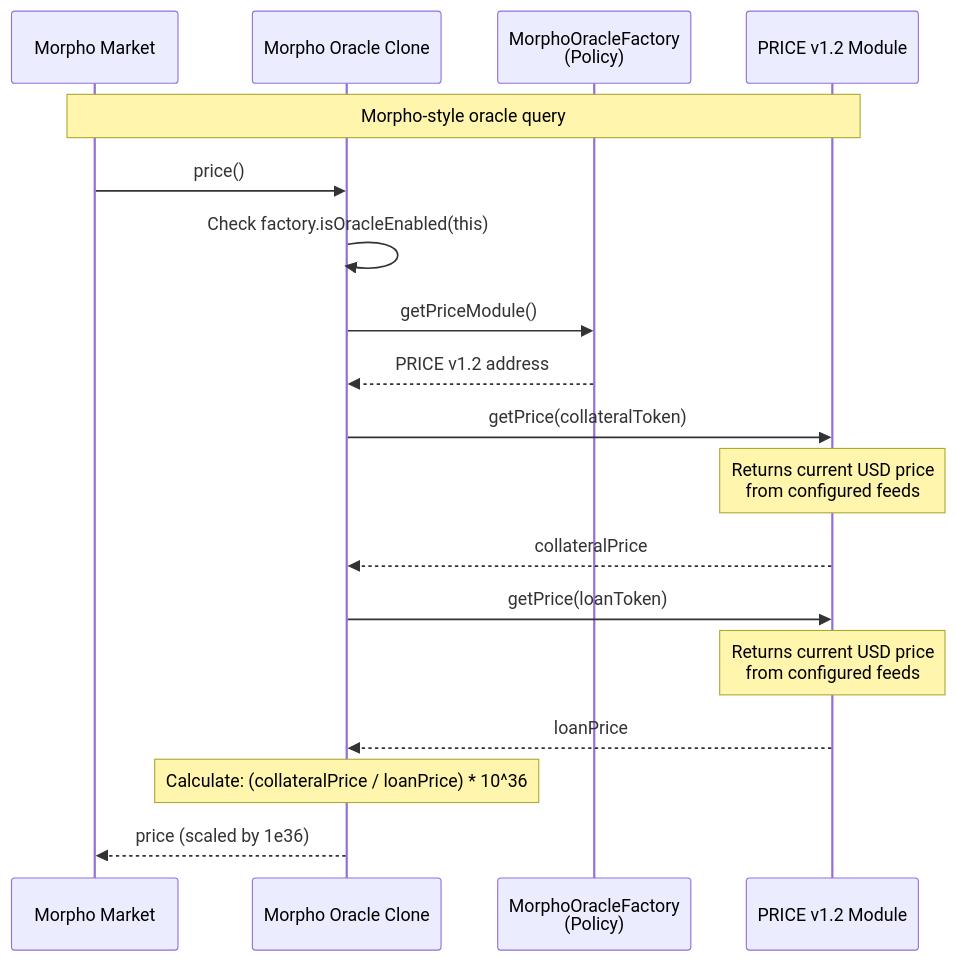
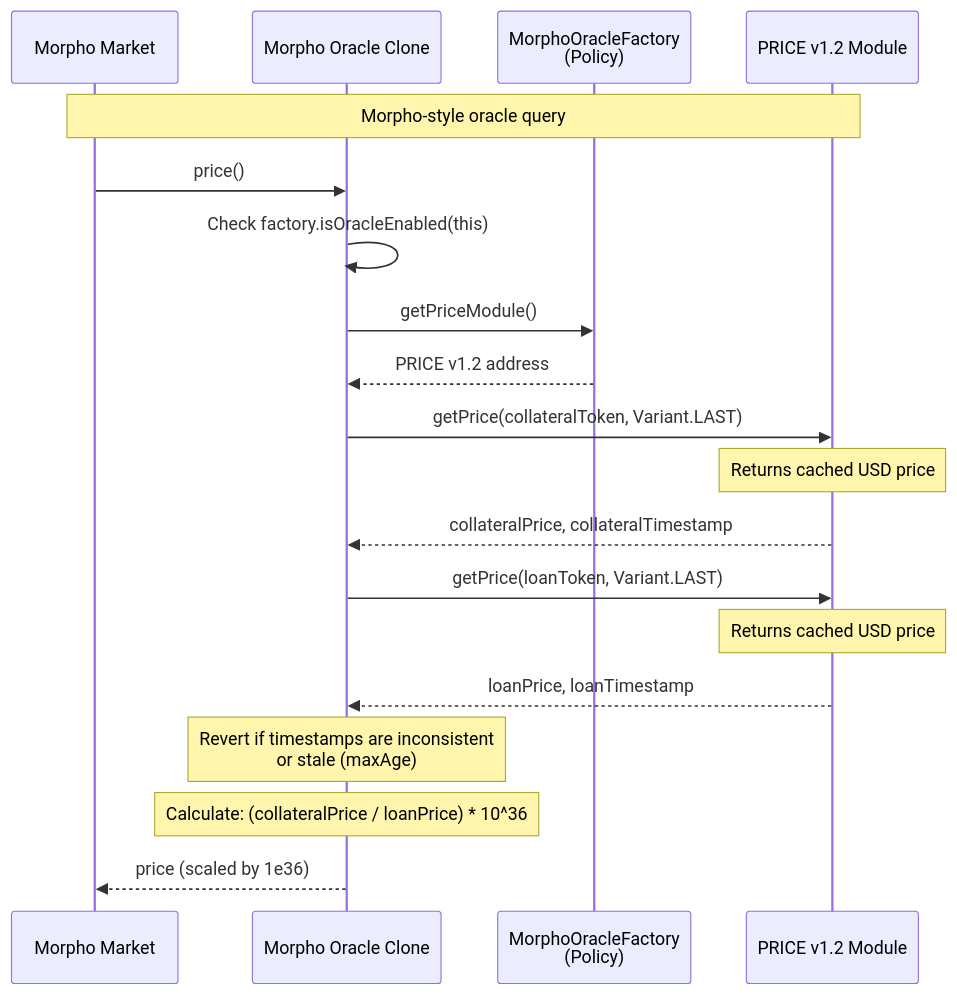
One commit to OlympusDAO/olympus-v3 changed the sixth of 7 diagrams in audit/2026-03_price-feed-improvements/README.md. Above: the diagram before and after it, drawn with Mermaid. The commit also changed other lines of this file and 3 other files, not shown here.

````diff
--- a/audit/2026-03_price-feed-improvements/README.md
+++ b/audit/2026-03_price-feed-improvements/README.md
@@ -391,25 +393,26 @@
 ```mermaid
 sequenceDiagram
   participant Protocol as Morpho Market
   participant Oracle as Morpho Oracle Clone
   participant Factory as MorphoOracleFactory<br/>(Policy)
   participant PRICE as PRICE v1.2 Module
 
   Note over Protocol,PRICE: Morpho-style oracle query
 
   Protocol->>Oracle: price()
   Oracle->>Oracle: Check factory.isOracleEnabled(this)
   Oracle->>Factory: getPriceModule()
   Factory-->>Oracle: PRICE v1.2 address
 
-  Oracle->>PRICE: getPrice(collateralToken)
-  Note over PRICE: Returns current USD price<br/>from configured feeds
-  PRICE-->>Oracle: collateralPrice
+  Oracle->>PRICE: getPrice(collateralToken, Variant.LAST)
+  Note over PRICE: Returns cached USD price
+  PRICE-->>Oracle: collateralPrice, collateralTimestamp
 
-  Oracle->>PRICE: getPrice(loanToken)
-  Note over PRICE: Returns current USD price<br/>from configured feeds
-  PRICE-->>Oracle: loanPrice
+  Oracle->>PRICE: getPrice(loanToken, Variant.LAST)
+  Note over PRICE: Returns cached USD price
+  PRICE-->>Oracle: loanPrice, loanTimestamp
 
+  Note over Oracle: Revert if timestamps are inconsistent<br/>or stale (maxAge)
   Note over Oracle: Calculate: (collateralPrice / loanPrice) * 10^36
   Oracle-->>Protocol: price (scaled by 1e36)
 ```
````
